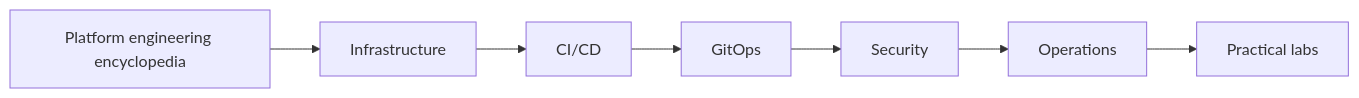
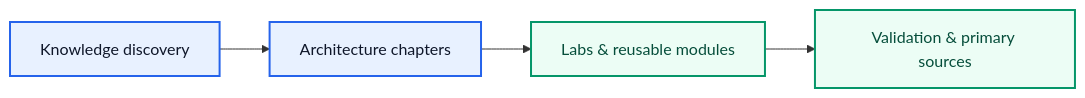
Before and after one commit to platform-engineering-labz/platform-engineering: the diagram in diagram.mmd, drawn with Mermaid. The commit also changed 3 other files, not shown here.

Commit message:
docs: refresh encyclopedia and foundation diagram sources

```diff
--- a/diagram.mmd
+++ b/diagram.mmd
@@ -1,14 +1,12 @@
 flowchart LR
-  ROOT["Platform engineering encyclopedia"]
-  N0["Infrastructure"]
-  ROOT --> N0
-  N1["CI/CD"]
+  N0["Knowledge discovery"]
+  N1["Architecture chapters"]
   N0 --> N1
-  N2["GitOps"]
+  N2["Labs & reusable modules"]
   N1 --> N2
-  N3["Security"]
+  N3["Validation & primary sources"]
   N2 --> N3
-  N4["Operations"]
-  N3 --> N4
-  N5["Practical labs"]
-  N4 --> N5
+  classDef core fill:#E8F1FF,stroke:#2563EB,stroke-width:2px,color:#0F172A
+  classDef stage fill:#ECFDF5,stroke:#059669,stroke-width:2px,color:#064E3B
+  class N0,N1 core
+  class N2,N3 stage
```
